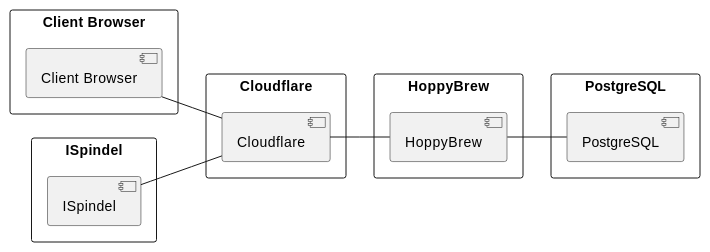
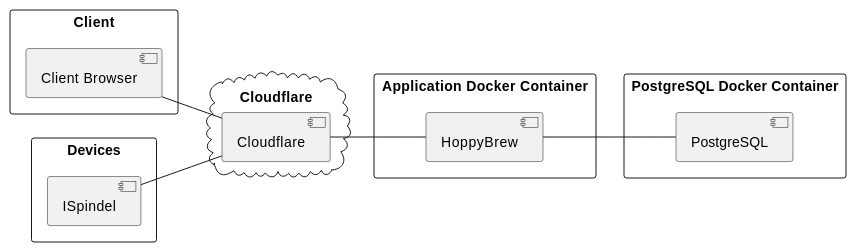
The fifth of 5 diagrams in documents/01-Conception-Phase/00-HoppyBrew.md (asbor/iu-project-software-engineering), drawn with PlantUML before and after one commit. The commit also changed 3 other files, not shown here.

```diff
--- a/documents/01-Conception-Phase/00-HoppyBrew.md
+++ b/documents/01-Conception-Phase/00-HoppyBrew.md
@@ -565,30 +565,30 @@
 @startuml 05-black-box-overall-system
 
 left to right direction
 
-rectangle "Client Browser" {
+rectangle "Client" {
     component "Client Browser" as client_browser
 }
 
-rectangle "ISpindel" {
+rectangle "Devices" {
     component "ISpindel" as iSpindel
 }
 
-rectangle "Cloudflare" {
+cloud "Cloudflare" {
     component "Cloudflare" as cloudflare
 }
 
-rectangle "HoppyBrew" {
+rectangle "Application Docker Container" {
     component "HoppyBrew" as hoppybrew
 }
 
-rectangle "PostgreSQL" {
+rectangle "PostgreSQL Docker Container" {
     component "PostgreSQL" as postgres
 }
 
 client_browser -- cloudflare
 iSpindel -- cloudflare
 cloudflare -- hoppybrew
 hoppybrew -- postgres
 
 @enduml
```
